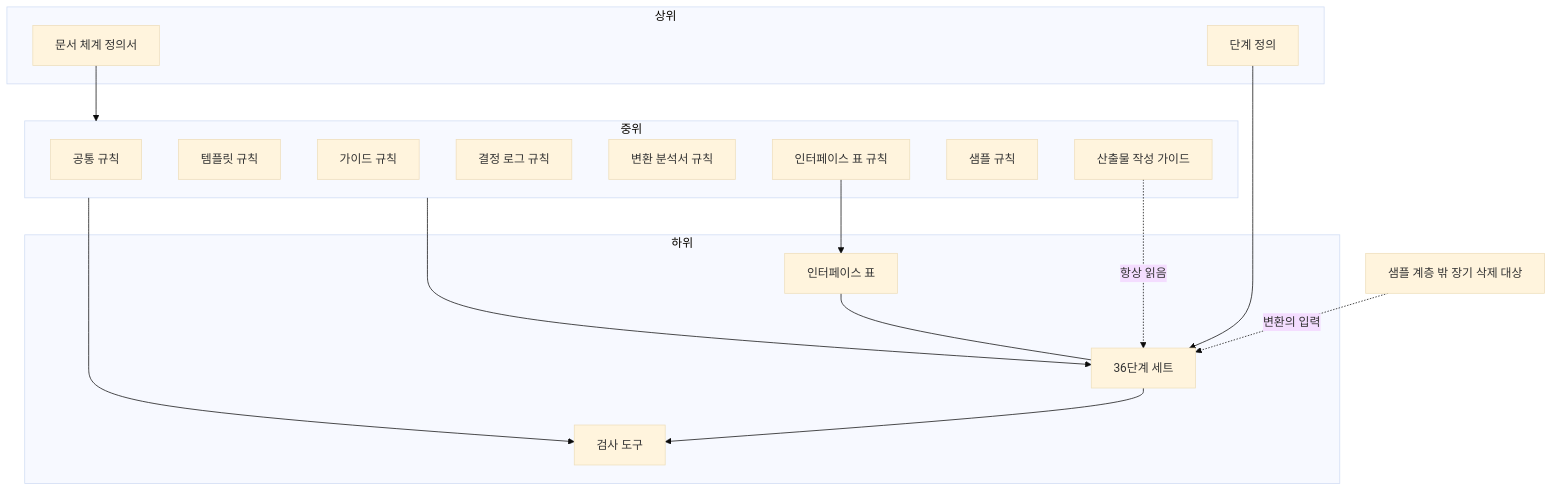
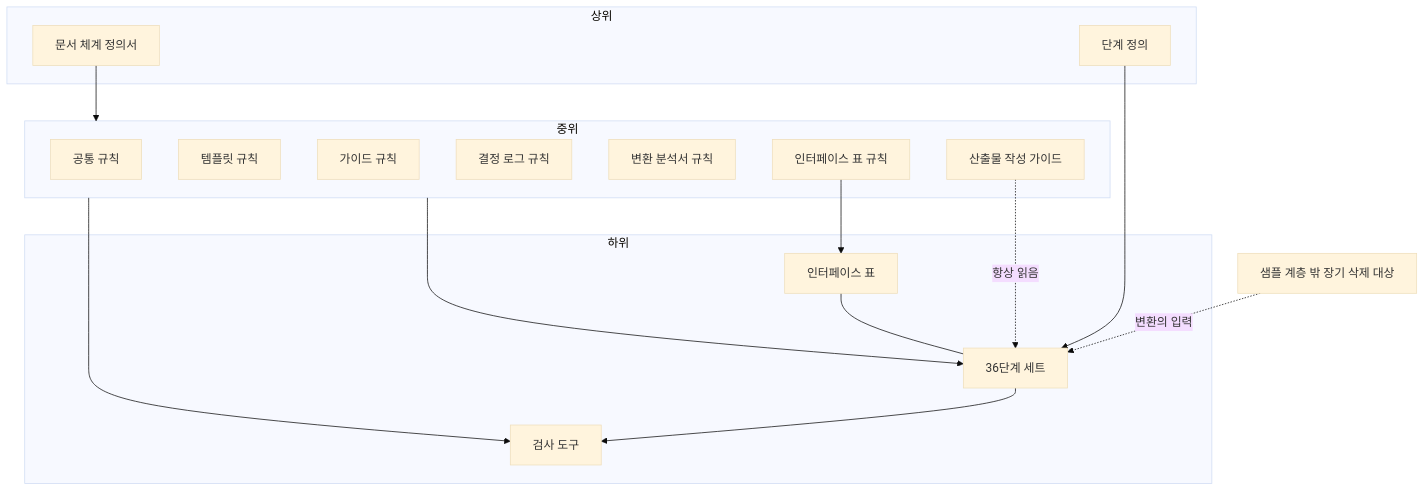
One commit to stimpaked/Git_Test_Project changed the first of 2 diagrams in docs/문서_체계_정의서.md. Above: the diagram before and after it, drawn with Mermaid (base theme). The commit also changed other lines of this file and 7 other files, not shown here.

````diff
--- a/docs/문서_체계_정의서.md
+++ b/docs/문서_체계_정의서.md
@@ -63,31 +63,30 @@
 ```mermaid
 flowchart TB
   subgraph TOP[상위]
     D[문서 체계 정의서]
     SD[단계 정의]
   end
   subgraph MID[중위]
     R1[공통 규칙]
     R2[템플릿 규칙]
     R3[가이드 규칙]
     R4[결정 로그 규칙]
     R5[변환 분석서 규칙]
     R6[인터페이스 표 규칙]
-    R7[샘플 규칙]
     CG[산출물 작성 가이드]
   end
   subgraph LOW[하위]
     SET[36단계 세트]
     IF[인터페이스 표]
     TL[검사 도구]
   end
   D --> MID
   SD --> SET
   MID --> SET
   R6 --> IF
   IF --- SET
   MID --> TL
   SET --> TL
   CG -. 항상 읽음 .-> SET
   SMP[샘플 계층 밖 장기 삭제 대상] -. 변환의 입력 .-> SET
 ```
````
